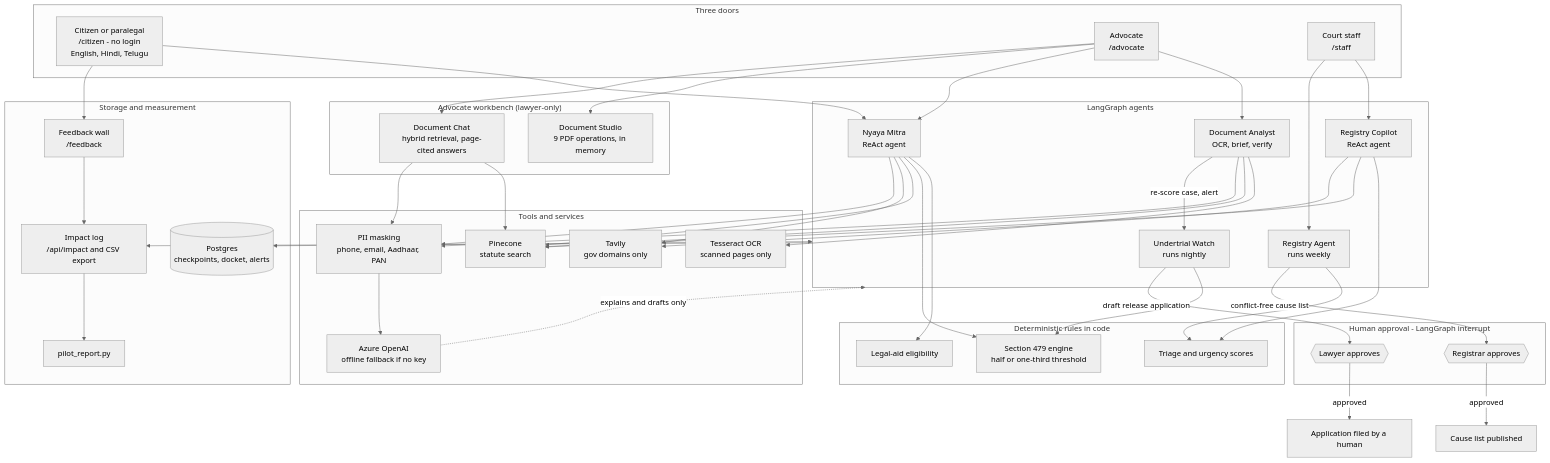
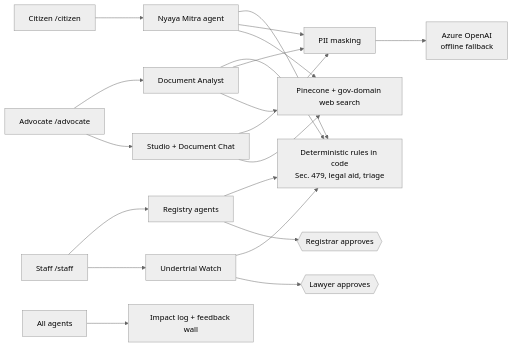
One commit to chintamourya/nyayavedika changed the diagram in README.md. Above: the diagram before and after it, drawn with Mermaid (neutral theme). The commit also changed other lines of this file and 2 other files, not shown here.

Commit message:
updated bugs and readme using agent foundry

````diff
--- a/README.md
+++ b/README.md
@@ -103,86 +39,14 @@
 ```mermaid
-flowchart TB
-    subgraph Users["Three doors"]
-        C["Citizen or paralegal<br/>/citizen - no login<br/>English, Hindi, Telugu"]
-        A["Advocate<br/>/advocate"]
-        S["Court staff<br/>/staff"]
-    end
-
-    subgraph Workbench["Advocate workbench (lawyer-only)"]
-        DS["Document Studio<br/>9 PDF operations, in memory"]
-        DC["Document Chat<br/>hybrid retrieval, page-cited answers"]
-    end
-
-    subgraph Agents["LangGraph agents"]
-        NM["Nyaya Mitra<br/>ReAct agent"]
-        DA["Document Analyst<br/>OCR, brief, verify"]
-        UW["Undertrial Watch<br/>runs nightly"]
-        RA["Registry Agent<br/>runs weekly"]
-        RC["Registry Copilot<br/>ReAct agent"]
-    end
-
-    subgraph Rules["Deterministic rules in code"]
-        R479["Section 479 engine<br/>half or one-third threshold"]
-        LAE["Legal-aid eligibility"]
-        TRI["Triage and urgency scores"]
-    end
-
-    subgraph Tools["Tools and services"]
-        PII["PII masking<br/>phone, email, Aadhaar, PAN"]
-        OCR["Tesseract OCR<br/>scanned pages only"]
-        PC["Pinecone<br/>statute search"]
-        TV["Tavily<br/>gov domains only"]
-        LLM["Azure OpenAI<br/>offline fallback if no key"]
-    end
-
-    subgraph Gates["Human approval - LangGraph interrupt"]
-        G1{{"Lawyer approves"}}
-        G2{{"Registrar approves"}}
-    end
-
-    subgraph Data["Storage and measurement"]
-        PG[("Postgres<br/>checkpoints, docket, alerts")]
-        IMP["Impact log<br/>/api/impact and CSV export"]
-        FB["Feedback wall<br/>/feedback"]
-        PR["pilot_report.py"]
-    end
-
-    C --> NM
-    A --> DA
-    A --> NM
-    A --> DS
-    A --> DC
-    S --> RC
-    S --> RA
-
-    NM --> LAE
-    NM --> R479
-    NM --> PC
-    NM --> TV
-    UW --> R479
-    RA --> TRI
-    RC --> TRI
-    RC --> PC
-    RC --> TV
-    DA --> OCR
-    DA --> PC
-    DC --> PC
-    DC --> PII
-
-    NM --> PII
-    DA --> PII
-    PII --> LLM
-    LLM -.explains and drafts only.-> Agents
-
-    DA -- "re-score case, alert" --> UW
-    UW -- "draft release application" --> G1
-    G1 -- "approved" --> FILE["Application filed by a human"]
-    RA -- "conflict-free cause list" --> G2
-    G2 -- "approved" --> PUB["Cause list published"]
-
-    Agents <--> PG
-    Agents --> IMP
-    C --> FB
-    FB --> IMP
-    IMP --> PR
+flowchart LR
+    C["Citizen /citizen"] --> NM["Nyaya Mitra agent"]
+    A["Advocate /advocate"] --> DA["Document Analyst"]
+    A --> WB["Studio + Document Chat"]
+    S["Staff /staff"] --> RA["Registry agents"]
+    S --> UW["Undertrial Watch"]
+    NM & DA & RA & UW --> RULES["Deterministic rules in code<br/>Sec. 479, legal aid, triage"]
+    NM & DA & WB --> PII["PII masking"] --> LLM["Azure OpenAI<br/>offline fallback"]
+    NM & DA & WB --> KB["Pinecone + gov-domain web search"]
+    UW --> G1{{"Lawyer approves"}}
+    RA --> G2{{"Registrar approves"}}
+    Agents["All agents"] --> IMP["Impact log + feedback wall"]
 ```
````
